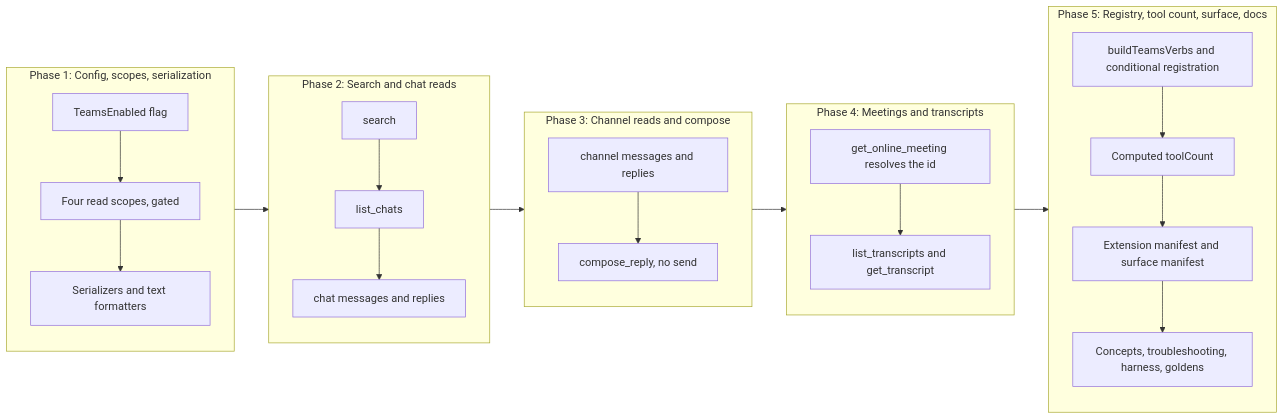
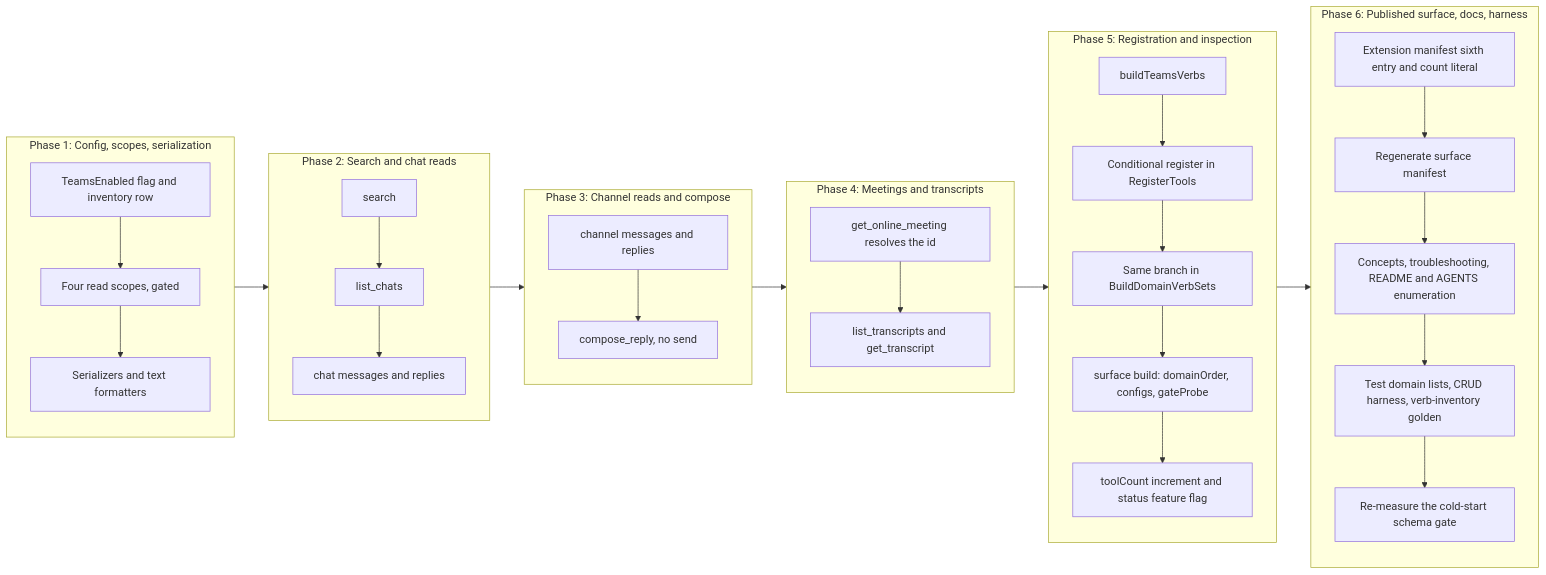
The third of 3 diagrams in docs/cr/CR-0083-teams-domain.md (desek/outlook-local-mcp), drawn with Mermaid before and after one commit. The commit also changed other lines of this file and 1 other file, not shown here.

````diff
--- a/docs/cr/CR-0083-teams-domain.md
+++ b/docs/cr/CR-0083-teams-domain.md
@@ -634,23 +852,30 @@
 ```mermaid
 flowchart LR
     subgraph P1["Phase 1: Config, scopes, serialization"]
-        A1["TeamsEnabled flag"] --> A2["Four read scopes, gated"]
+        A1["TeamsEnabled flag and inventory row"] --> A2["Four read scopes, gated"]
         A2 --> A3["Serializers and text formatters"]
     end
     subgraph P2["Phase 2: Search and chat reads"]
         B1["search"] --> B2["list_chats"]
         B2 --> B3["chat messages and replies"]
     end
     subgraph P3["Phase 3: Channel reads and compose"]
         C1["channel messages and replies"] --> C2["compose_reply, no send"]
     end
     subgraph P4["Phase 4: Meetings and transcripts"]
         D1["get_online_meeting resolves the id"] --> D2["list_transcripts and get_transcript"]
     end
-    subgraph P5["Phase 5: Registry, tool count, surface, docs"]
-        E1["buildTeamsVerbs and conditional registration"] --> E2["Computed toolCount"]
-        E2 --> E3["Extension manifest and surface manifest"]
-        E3 --> E4["Concepts, troubleshooting, harness, goldens"]
+    subgraph P5["Phase 5: Registration and inspection"]
+        E1["buildTeamsVerbs"] --> E2["Conditional register in RegisterTools"]
+        E2 --> E3["Same branch in BuildDomainVerbSets"]
+        E3 --> E4["surface build: domainOrder, configs, gateProbe"]
+        E4 --> E5["toolCount increment and status feature flag"]
     end
-    P1 --> P2 --> P3 --> P4 --> P5
+    subgraph P6["Phase 6: Published surface, docs, harness"]
+        F1["Extension manifest sixth entry and count literal"] --> F2["Regenerate surface manifest"]
+        F2 --> F3["Concepts, troubleshooting, README and AGENTS enumeration"]
+        F3 --> F4["Test domain lists, CRUD harness, verb-inventory golden"]
+        F4 --> F5["Re-measure the cold-start schema gate"]
+    end
+    P1 --> P2 --> P3 --> P4 --> P5 --> P6
 ```
````
